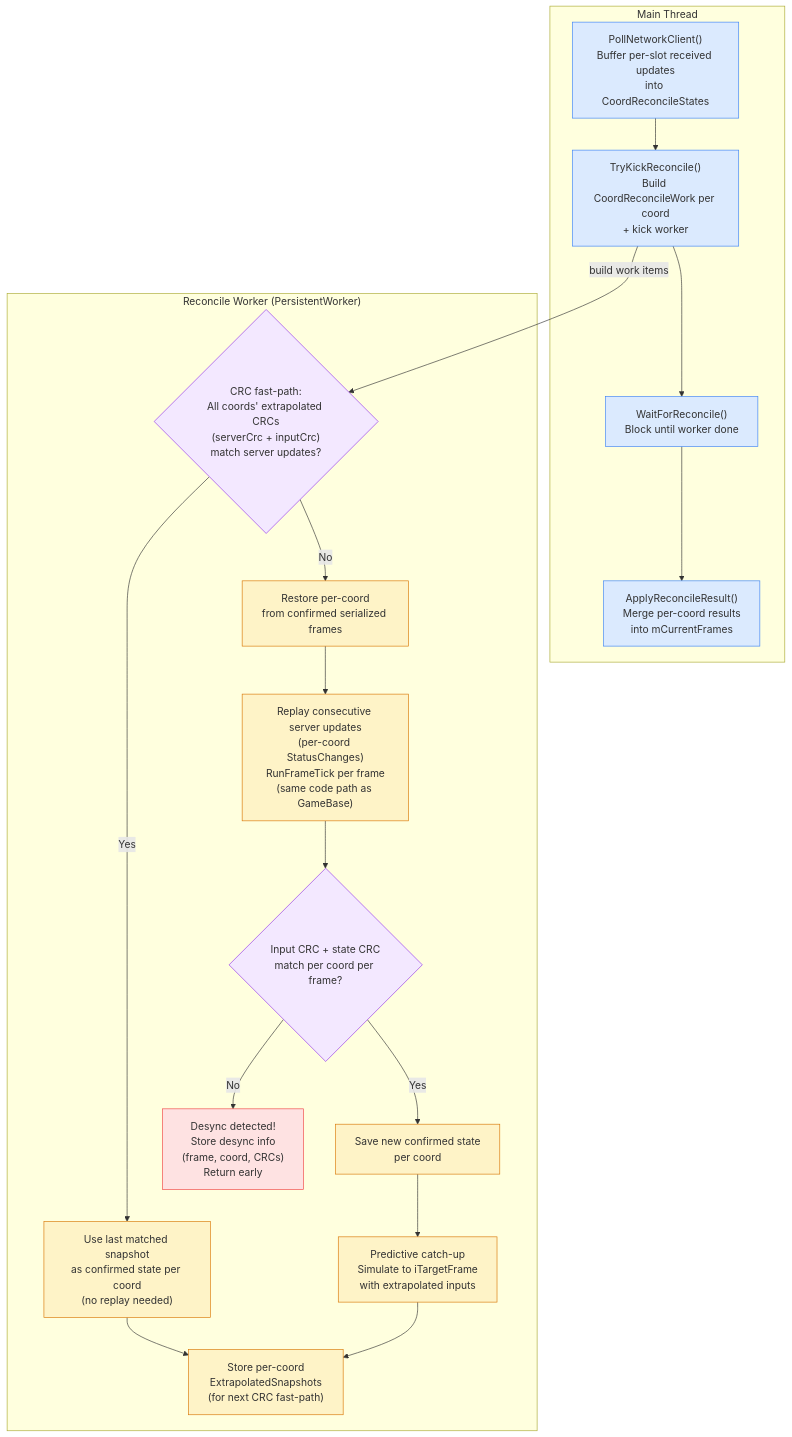
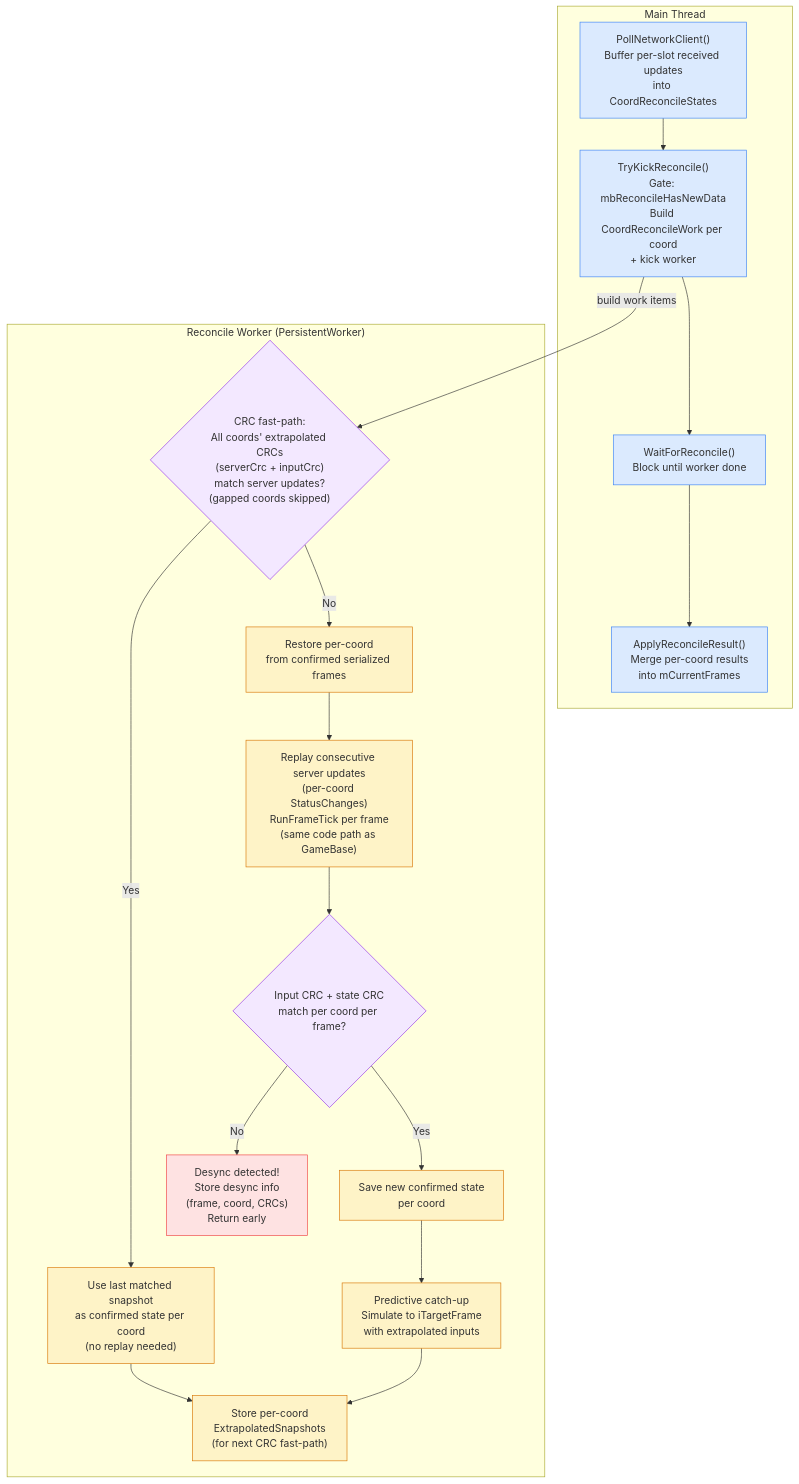
Before and after one commit to DougTanner/BrokenEnginePublic: the sixth of 6 diagrams in Documents/Architecture/Network.md, drawn with Mermaid. The commit also changed 35 other files, not shown here.

````diff
--- a/Documents/Architecture/Network.md
+++ b/Documents/Architecture/Network.md
@@ -184,37 +184,37 @@
 ```mermaid
 %%{init: {'theme': 'default'}}%%
 flowchart TD
     classDef mainThread fill:#dbeafe,stroke:#3b82f6
     classDef worker fill:#fef3c7,stroke:#d97706
     classDef decision fill:#f3e8ff,stroke:#9333ea
     classDef desync fill:#fee2e2,stroke:#ef4444
 
     subgraph main ["Main Thread"]
         poll["PollNetworkClient()<br/>Buffer per-slot received updates<br/>into CoordReconcileStates"]:::mainThread
-        kick["TryKickReconcile()<br/>Build CoordReconcileWork per coord<br/>+ kick worker"]:::mainThread
+        kick["TryKickReconcile()<br/>Gate: mbReconcileHasNewData<br/>Build CoordReconcileWork per coord<br/>+ kick worker"]:::mainThread
         wait["WaitForReconcile()<br/>Block until worker done"]:::mainThread
         apply["ApplyReconcileResult()<br/>Merge per-coord results<br/>into mCurrentFrames"]:::mainThread
     end
 
     subgraph worker_thread ["Reconcile Worker (PersistentWorker)"]
-        check_crc{"CRC fast-path:<br/>All coords' extrapolated CRCs<br/>(serverCrc + inputCrc)<br/>match server updates?"}:::decision
+        check_crc{"CRC fast-path:<br/>All coords' extrapolated CRCs<br/>(serverCrc + inputCrc)<br/>match server updates?<br/>(gapped coords skipped)"}:::decision
 
         fast["Use last matched snapshot<br/>as confirmed state per coord<br/>(no replay needed)"]:::worker
 
         restore["Restore per-coord<br/>from confirmed serialized frames"]:::worker
         replay["Replay consecutive server updates<br/>(per-coord StatusChanges)<br/>RunFrameTick per frame<br/>(same code path as GameBase)"]:::worker
         validate{"Input CRC + state CRC<br/>match per coord per frame?"}:::decision
         save_confirmed["Save new confirmed state<br/>per coord"]:::worker
         catchup["Predictive catch-up<br/>Simulate to iTargetFrame<br/>with extrapolated inputs"]:::worker
         snapshot["Store per-coord<br/>ExtrapolatedSnapshots<br/>(for next CRC fast-path)"]:::worker
 
         desync["Desync detected!<br/>Store desync info<br/>(frame, coord, CRCs)<br/>Return early"]:::desync
     end
 
     poll --> kick --> wait --> apply
     kick -->|build work items| check_crc
     check_crc -->|Yes| fast --> snapshot
     check_crc -->|No| restore --> replay --> validate
     validate -->|Yes| save_confirmed --> catchup --> snapshot
     validate -->|No| desync
 ```
````
